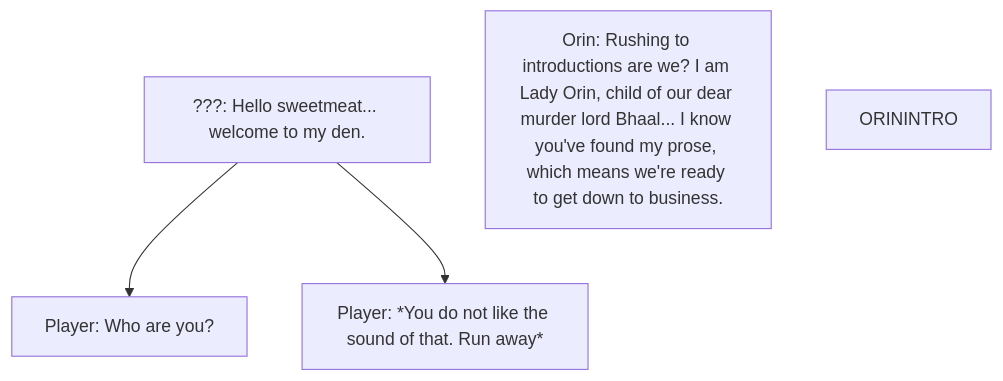
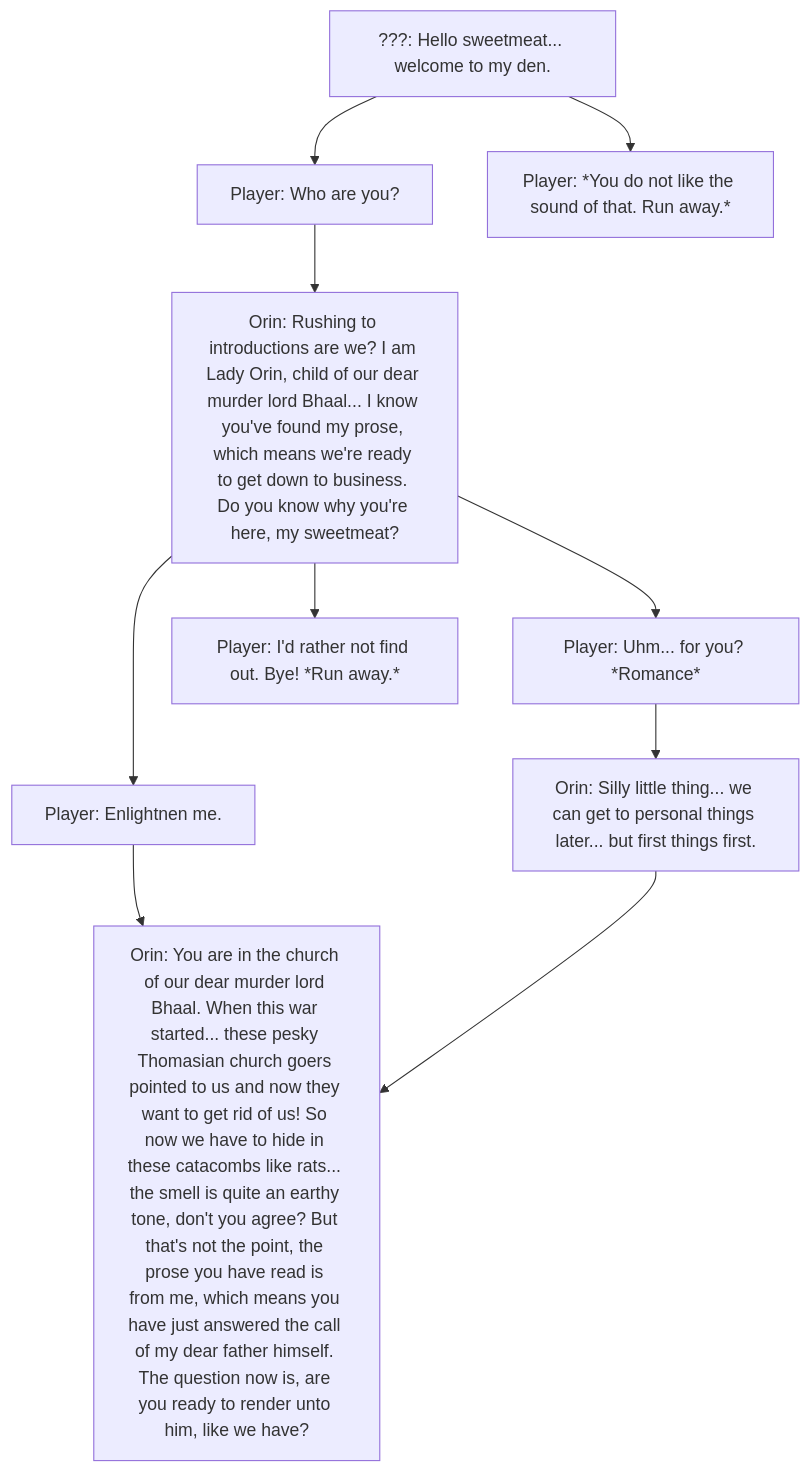
The diagram in Orin.md (padillaryl/cc3-rpg-DialogueTree), drawn with Mermaid before and after one commit.

````diff
--- a/Orin.md
+++ b/Orin.md
@@ -1,6 +1,8 @@
 ```mermaid
 flowchart TD
-  ORININTRO0[???: Hello sweetmeat... welcome to my den.] --> ORININTRO0A[Player: Who are you?] & ORININTRO0B[Player: *You do not like the sound of that. Run away*]
-  ORININTRO1[Orin: Rushing to introductions are we? I am Lady Orin, child of our dear murder lord Bhaal... I know you've found my prose, which means we're ready to get down to business.]
-  ORININTRO
+  ORININTRO0[???: Hello sweetmeat... welcome to my den.] --> ORININTRO0A[Player: Who are you?] & ORININTRO0B[Player: *You do not like the sound of that. Run away.*]
+  ORININTRO0A --> ORININTRO1[Orin: Rushing to introductions are we? I am Lady Orin, child of our dear murder lord Bhaal... I know you've found my prose, which means we're ready to get down to business. Do you know why you're here, my sweetmeat?]
+  ORININTRO1 --> ORININTRO2A[Player: Enlightnen me.] & ORININTRO2B[Player: Uhm... for you? *Romance*] & ORININTRO2C[Player: I'd rather not find out. Bye! *Run away.*]
+  ORININTRO2A --> ORININTRO2A1[Orin: You are in the church of our dear murder lord Bhaal. When this war started... these pesky Thomasian church goers pointed to us and now they want to get rid of us! So now we have to hide in these catacombs like rats... the smell is quite an earthy tone, don't you agree? But that's not the point, the prose you have read is from me, which means you have just answered the call of my dear father himself. The question now is, are you ready to render unto him, like we have?]
+  ORININTRO2B --> ORININTRO2B1[Orin: Silly little thing... we can get to personal things later... but first things first.] --> ORININTRO2A1
 ```
````
